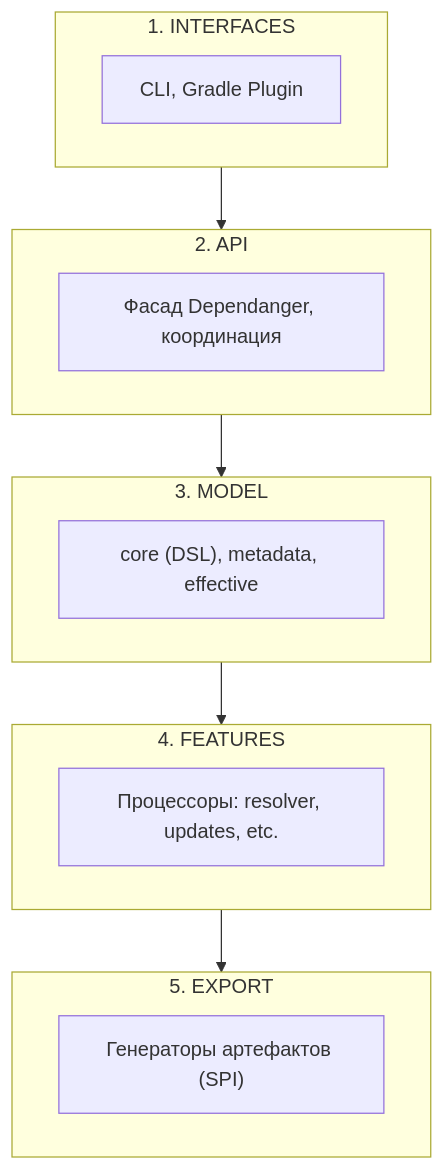
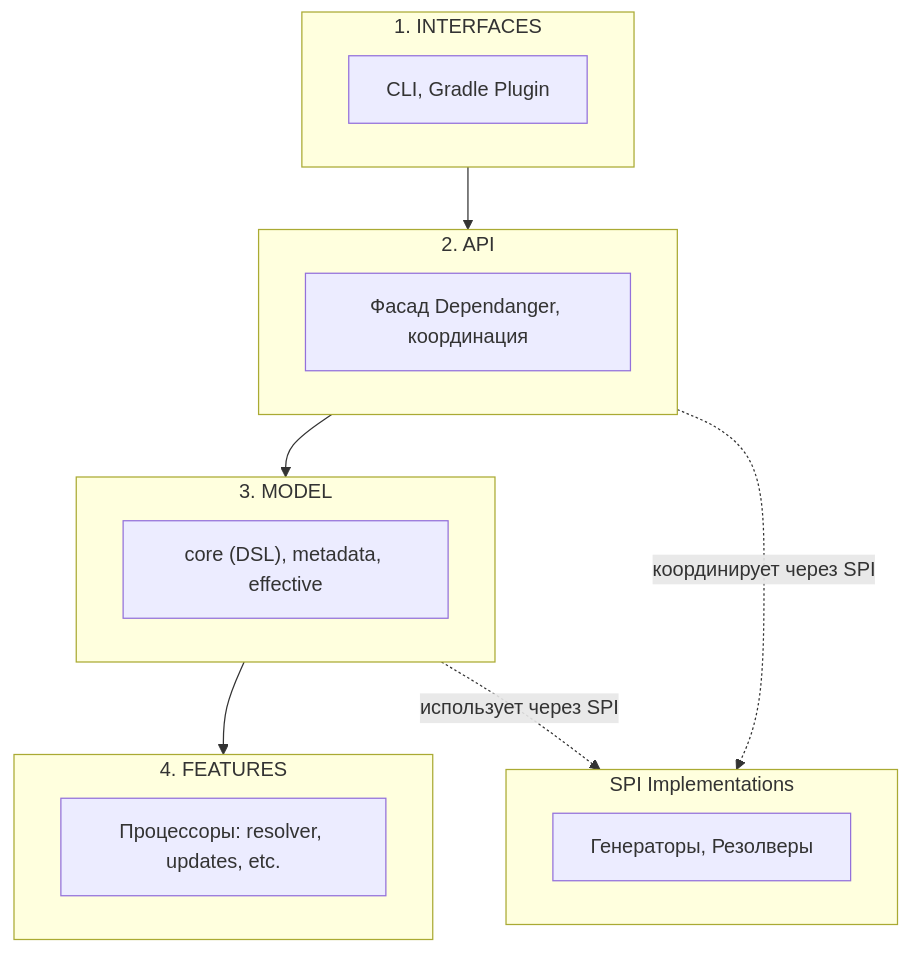
The first of 5 diagrams in docs/01-concepts/architecture.adoc (zenhelix/dependanger), drawn with Mermaid before and after one commit. The commit also changed other lines of this file and 9 other files, not shown here.

```diff
--- a/docs/01-concepts/architecture.adoc
+++ b/docs/01-concepts/architecture.adoc
@@ -47,20 +47,24 @@
 [mermaid,target=architecture-layers,format=svg]
 ----
 flowchart TB
     subgraph L1["1. INTERFACES"]
         I1["CLI, Gradle Plugin"]
     end
     subgraph L2["2. API"]
         A1["Фасад Dependanger, координация"]
     end
     subgraph L3["3. MODEL"]
         M1["core (DSL), metadata, effective"]
     end
     subgraph L4["4. FEATURES"]
         F1["Процессоры: resolver, updates, etc."]
     end
-    subgraph L5["5. EXPORT"]
-        E1["Генераторы артефактов (SPI)"]
+    subgraph SPI["SPI Implementations"]
+        S1["Генераторы, Резолверы"]
     end
-    L1 --> L2 --> L3 --> L4 --> L5
+    L1 --> L2
+    L2 --> L3
+    L3 --> L4
+    L2 -.->|"координирует через SPI"| SPI
+    L3 -.->|"использует через SPI"| SPI
 ----
```
